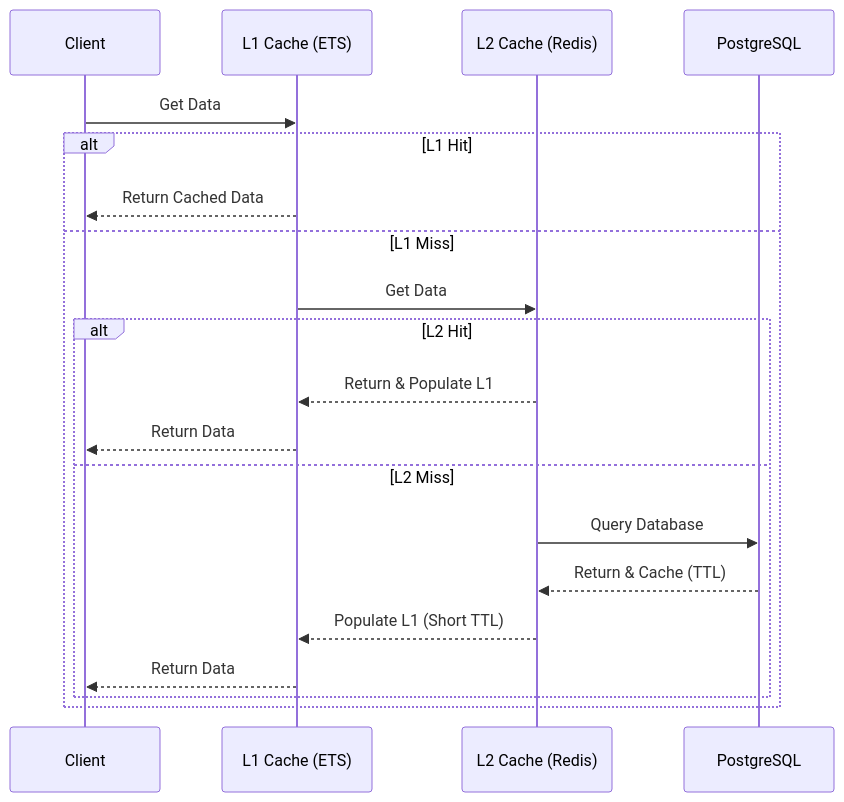
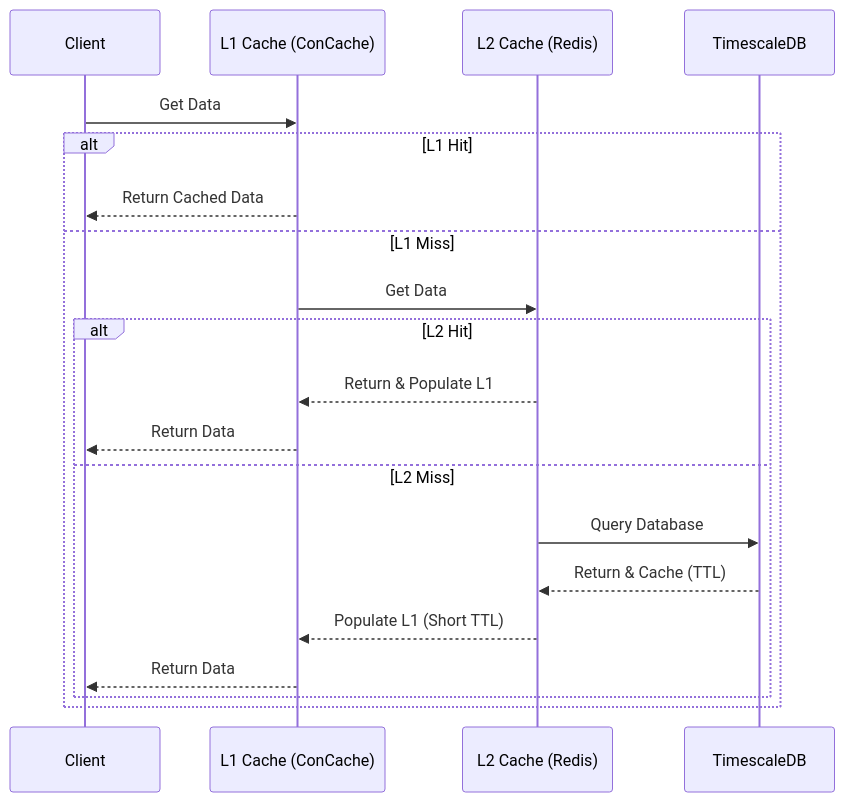
The second of 2 diagrams in README.md (gabrielmaialva33/streamix), drawn with Mermaid before and after one commit. The commit also changed other lines of this file, not shown here.

````diff
--- a/README.md
+++ b/README.md
@@ -206,23 +164,23 @@
 ```mermaid
 sequenceDiagram
     participant C as Client
-    participant L1 as L1 Cache (ETS)
+    participant L1 as L1 Cache (ConCache)
     participant L2 as L2 Cache (Redis)
-    participant DB as PostgreSQL
+    participant DB as TimescaleDB
 
     C->>L1: Get Data
     alt L1 Hit
         L1-->>C: Return Cached Data
     else L1 Miss
         L1->>L2: Get Data
         alt L2 Hit
             L2-->>L1: Return & Populate L1
             L1-->>C: Return Data
         else L2 Miss
             L2->>DB: Query Database
             DB-->>L2: Return & Cache (TTL)
             L2-->>L1: Populate L1 (Short TTL)
             L1-->>C: Return Data
         end
     end
 ```
````
